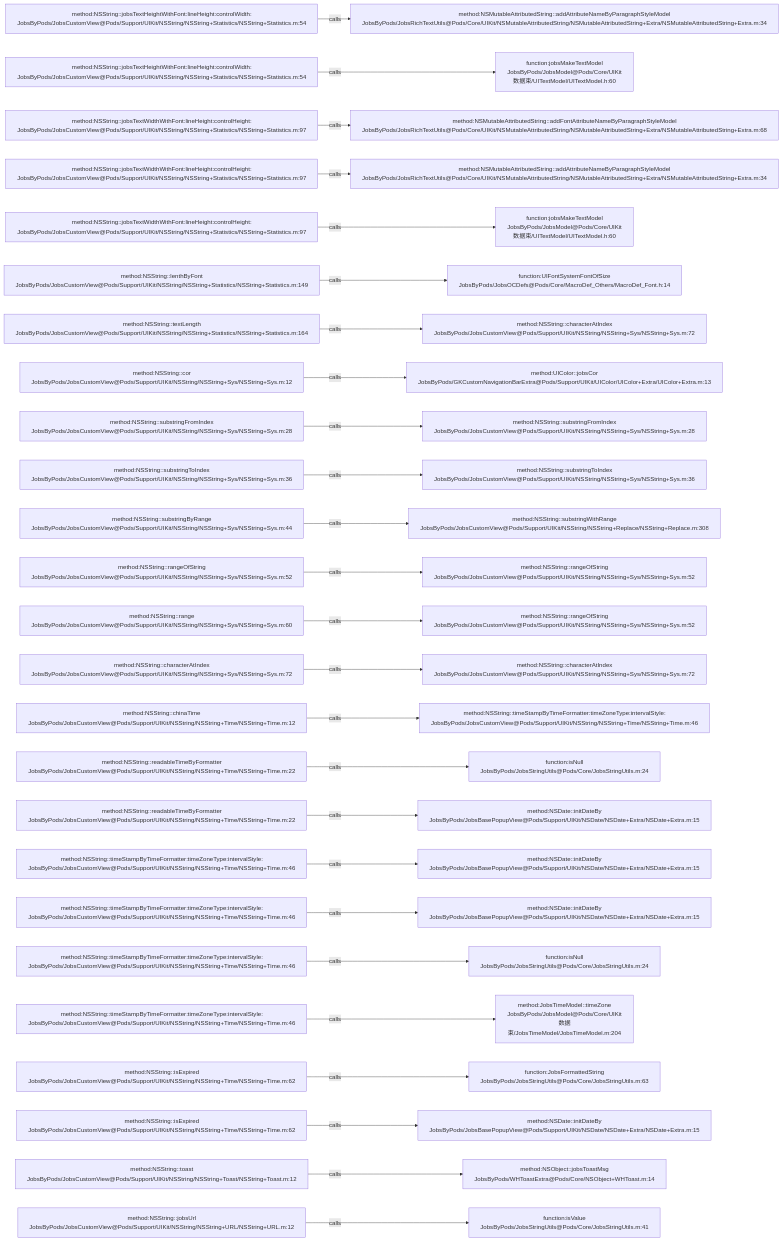
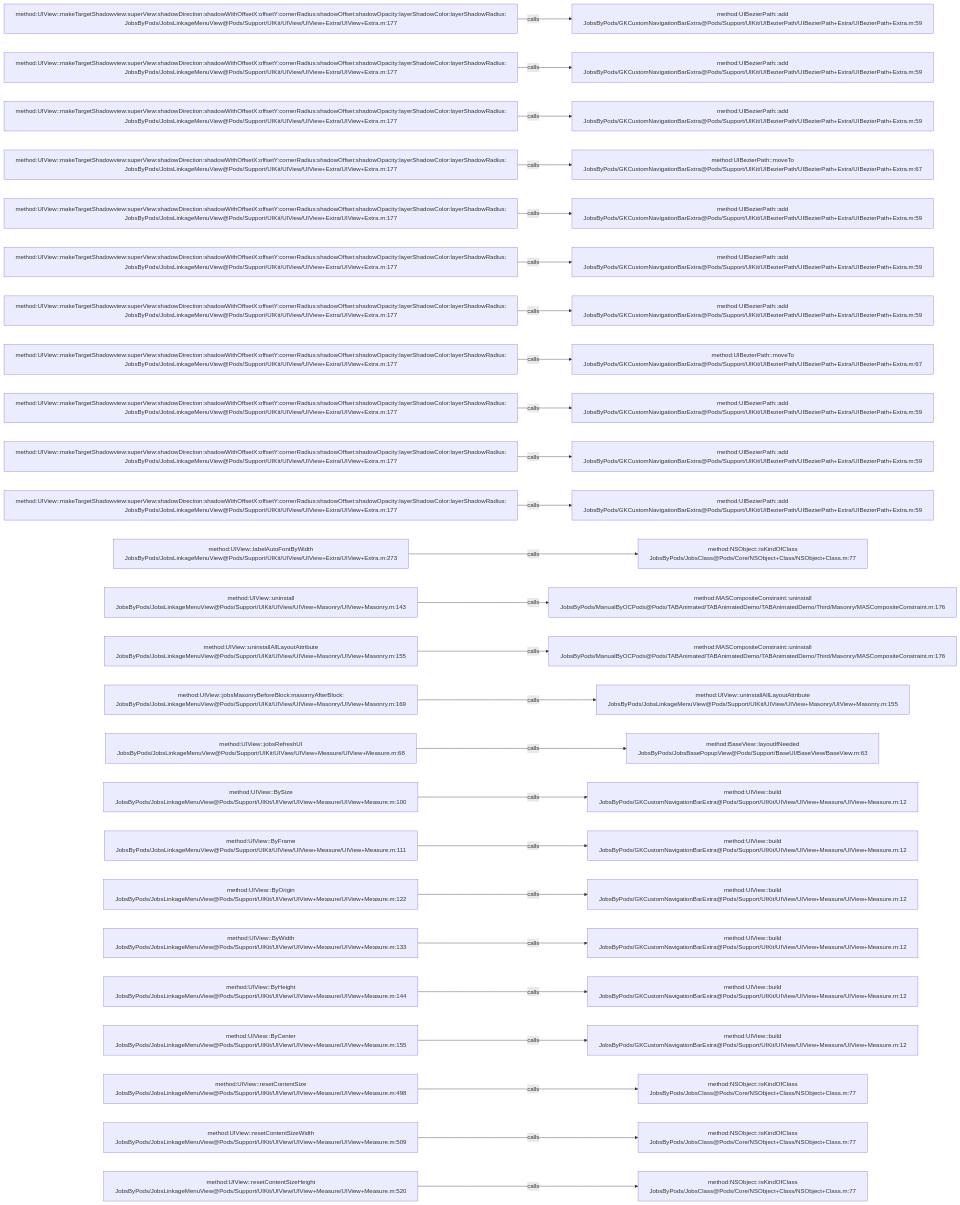
Before and after one commit to JobsKits/JobsOCBaseConfigDemo: the diagram in .codegraph/codegraph.md/graphs/calls-109.md, drawn with Mermaid. The commit also changed 1026 other files, not shown here.

````diff
--- a/.codegraph/codegraph.md/graphs/calls-109.md
+++ b/.codegraph/codegraph.md/graphs/calls-109.md
@@ -13,78 +13,78 @@
 ```mermaid
 flowchart LR
-  S1["method:NSString::jobsTextHeightWithFont:lineHeight:controlWidth:<br/>JobsByPods/JobsCustomView@Pods/Support/UIKit/NSString/NSString+Statistics/NSString+Statistics.m:54"]
-  T1["method:NSMutableAttributedString::addAttributeNameByParagraphStyleModel<br/>JobsByPods/JobsRichTextUtils@Pods/Core/UIKit/NSMutableAttributedString/NSMutableAttributedString+Extra/NSMutableAttributedString+Extra.m:34"]
+  S1["method:UIView::makeTargetShadowview:superView:shadowDirection:shadowWithOffsetX:offsetY:cornerRadius:shadowOffset:shadowOpacity:layerShadowColor:layerShadowRadius:<br/>JobsByPods/JobsLinkageMenuView@Pods/Support/UIKit/UIView/UIView+Extra/UIView+Extra.m:177"]
+  T1["method:UIBezierPath::add<br/>JobsByPods/GKCustomNavigationBarExtra@Pods/Support/UIKit/UIBezierPath/UIBezierPath+Extra/UIBezierPath+Extra.m:59"]
   S1 -->|calls| T1
-  S2["method:NSString::jobsTextHeightWithFont:lineHeight:controlWidth:<br/>JobsByPods/JobsCustomView@Pods/Support/UIKit/NSString/NSString+Statistics/NSString+Statistics.m:54"]
-  T2["function:jobsMakeTextModel<br/>JobsByPods/JobsModel@Pods/Core/UIKit数据束/UITextModel/UITextModel.h:60"]
+  S2["method:UIView::makeTargetShadowview:superView:shadowDirection:shadowWithOffsetX:offsetY:cornerRadius:shadowOffset:shadowOpacity:layerShadowColor:layerShadowRadius:<br/>JobsByPods/JobsLinkageMenuView@Pods/Support/UIKit/UIView/UIView+Extra/UIView+Extra.m:177"]
+  T2["method:UIBezierPath::add<br/>JobsByPods/GKCustomNavigationBarExtra@Pods/Support/UIKit/UIBezierPath/UIBezierPath+Extra/UIBezierPath+Extra.m:59"]
   S2 -->|calls| T2
-  S3["method:NSString::jobsTextWidthWithFont:lineHeight:controlHeight:<br/>JobsByPods/JobsCustomView@Pods/Support/UIKit/NSString/NSString+Statistics/NSString+Statistics.m:97"]
-  T3["method:NSMutableAttributedString::addFontAttributeNameByParagraphStyleModel<br/>JobsByPods/JobsRichTextUtils@Pods/Core/UIKit/NSMutableAttributedString/NSMutableAttributedString+Extra/NSMutableAttributedString+Extra.m:68"]
+  S3["method:UIView::makeTargetShadowview:superView:shadowDirection:shadowWithOffsetX:offsetY:cornerRadius:shadowOffset:shadowOpacity:layerShadowColor:layerShadowRadius:<br/>JobsByPods/JobsLinkageMenuView@Pods/Support/UIKit/UIView/UIView+Extra/UIView+Extra.m:177"]
+  T3["method:UIBezierPath::add<br/>JobsByPods/GKCustomNavigationBarExtra@Pods/Support/UIKit/UIBezierPath/UIBezierPath+Extra/UIBezierPath+Extra.m:59"]
   S3 -->|calls| T3
-  S4["method:NSString::jobsTextWidthWithFont:lineHeight:controlHeight:<br/>JobsByPods/JobsCustomView@Pods/Support/UIKit/NSString/NSString+Statistics/NSString+Statistics.m:97"]
-  T4["method:NSMutableAttributedString::addAttributeNameByParagraphStyleModel<br/>JobsByPods/JobsRichTextUtils@Pods/Core/UIKit/NSMutableAttributedString/NSMutableAttributedString+Extra/NSMutableAttributedString+Extra.m:34"]
+  S4["method:UIView::makeTargetShadowview:superView:shadowDirection:shadowWithOffsetX:offsetY:cornerRadius:shadowOffset:shadowOpacity:layerShadowColor:layerShadowRadius:<br/>JobsByPods/JobsLinkageMenuView@Pods/Support/UIKit/UIView/UIView+Extra/UIView+Extra.m:177"]
+  T4["method:UIBezierPath::moveTo<br/>JobsByPods/GKCustomNavigationBarExtra@Pods/Support/UIKit/UIBezierPath/UIBezierPath+Extra/UIBezierPath+Extra.m:67"]
   S4 -->|calls| T4
-  S5["method:NSString::jobsTextWidthWithFont:lineHeight:controlHeight:<br/>JobsByPods/JobsCustomView@Pods/Support/UIKit/NSString/NSString+Statistics/NSString+Statistics.m:97"]
-  T5["function:jobsMakeTextModel<br/>JobsByPods/JobsModel@Pods/Core/UIKit数据束/UITextModel/UITextModel.h:60"]
+  S5["method:UIView::makeTargetShadowview:superView:shadowDirection:shadowWithOffsetX:offsetY:cornerRadius:shadowOffset:shadowOpacity:layerShadowColor:layerShadowRadius:<br/>JobsByPods/JobsLinkageMenuView@Pods/Support/UIKit/UIView/UIView+Extra/UIView+Extra.m:177"]
+  T5["method:UIBezierPath::add<br/>JobsByPods/GKCustomNavigationBarExtra@Pods/Support/UIKit/UIBezierPath/UIBezierPath+Extra/UIBezierPath+Extra.m:59"]
   S5 -->|calls| T5
-  S6["method:NSString::lenthByFont<br/>JobsByPods/JobsCustomView@Pods/Support/UIKit/NSString/NSString+Statistics/NSString+Statistics.m:149"]
-  T6["function:UIFontSystemFontOfSize<br/>JobsByPods/JobsOCDefs@Pods/Core/MacroDef_Others/MacroDef_Font.h:14"]
+  S6["method:UIView::makeTargetShadowview:superView:shadowDirection:shadowWithOffsetX:offsetY:cornerRadius:shadowOffset:shadowOpacity:layerShadowColor:layerShadowRadius:<br/>JobsByPods/JobsLinkageMenuView@Pods/Support/UIKit/UIView/UIView+Extra/UIView+Extra.m:177"]
+  T6["method:UIBezierPath::add<br/>JobsByPods/GKCustomNavigationBarExtra@Pods/Support/UIKit/UIBezierPath/UIBezierPath+Extra/UIBezierPath+Extra.m:59"]
   S6 -->|calls| T6
-  S7["method:NSString::textLength<br/>JobsByPods/JobsCustomView@Pods/Support/UIKit/NSString/NSString+Statistics/NSString+Statistics.m:164"]
-  T7["method:NSString::characterAtIndex<br/>JobsByPods/JobsCustomView@Pods/Support/UIKit/NSString/NSString+Sys/NSString+Sys.m:72"]
+  S7["method:UIView::makeTargetShadowview:superView:shadowDirection:shadowWithOffsetX:offsetY:cornerRadius:shadowOffset:shadowOpacity:layerShadowColor:layerShadowRadius:<br/>JobsByPods/JobsLinkageMenuView@Pods/Support/UIKit/UIView/UIView+Extra/UIView+Extra.m:177"]
+  T7["method:UIBezierPath::add<br/>JobsByPods/GKCustomNavigationBarExtra@Pods/Support/UIKit/UIBezierPath/UIBezierPath+Extra/UIBezierPath+Extra.m:59"]
   S7 -->|calls| T7
-  S8["method:NSString::cor<br/>JobsByPods/JobsCustomView@Pods/Support/UIKit/NSString/NSString+Sys/NSString+Sys.m:12"]
-  T8["method:UIColor::jobsCor<br/>JobsByPods/GKCustomNavigationBarExtra@Pods/Support/UIKit/UIColor/UIColor+Extra/UIColor+Extra.m:13"]
+  S8["method:UIView::makeTargetShadowview:superView:shadowDirection:shadowWithOffsetX:offsetY:cornerRadius:shadowOffset:shadowOpacity:layerShadowColor:layerShadowRadius:<br/>JobsByPods/JobsLinkageMenuView@Pods/Support/UIKit/UIView/UIView+Extra/UIView+Extra.m:177"]
+  T8["method:UIBezierPath::moveTo<br/>JobsByPods/GKCustomNavigationBarExtra@Pods/Support/UIKit/UIBezierPath/UIBezierPath+Extra/UIBezierPath+Extra.m:67"]
   S8 -->|calls| T8
-  S9["method:NSString::substringFromIndex<br/>JobsByPods/JobsCustomView@Pods/Support/UIKit/NSString/NSString+Sys/NSString+Sys.m:28"]
-  T9["method:NSString::substringFromIndex<br/>JobsByPods/JobsCustomView@Pods/Support/UIKit/NSString/NSString+Sys/NSString+Sys.m:28"]
+  S9["method:UIView::makeTargetShadowview:superView:shadowDirection:shadowWithOffsetX:offsetY:cornerRadius:shadowOffset:shadowOpacity:layerShadowColor:layerShadowRadius:<br/>JobsByPods/JobsLinkageMenuView@Pods/Support/UIKit/UIView/UIView+Extra/UIView+Extra.m:177"]
+  T9["method:UIBezierPath::add<br/>JobsByPods/GKCustomNavigationBarExtra@Pods/Support/UIKit/UIBezierPath/UIBezierPath+Extra/UIBezierPath+Extra.m:59"]
   S9 -->|calls| T9
-  S10["method:NSString::substringToIndex<br/>JobsByPods/JobsCustomView@Pods/Support/UIKit/NSString/NSString+Sys/NSString+Sys.m:36"]
-  T10["method:NSString::substringToIndex<br/>JobsByPods/JobsCustomView@Pods/Support/UIKit/NSString/NSString+Sys/NSString+Sys.m:36"]
+  S10["method:UIView::makeTargetShadowview:superView:shadowDirection:shadowWithOffsetX:offsetY:cornerRadius:shadowOffset:shadowOpacity:layerShadowColor:layerShadowRadius:<br/>JobsByPods/JobsLinkageMenuView@Pods/Support/UIKit/UIView/UIView+Extra/UIView+Extra.m:177"]
+  T10["method:UIBezierPath::add<br/>JobsByPods/GKCustomNavigationBarExtra@Pods/Support/UIKit/UIBezierPath/UIBezierPath+Extra/UIBezierPath+Extra.m:59"]
   S10 -->|calls| T10
-  S11["method:NSString::substringByRange<br/>JobsByPods/JobsCustomView@Pods/Support/UIKit/NSString/NSString+Sys/NSString+Sys.m:44"]
-  T11["method:NSString::substringWithRange<br/>JobsByPods/JobsCustomView@Pods/Support/UIKit/NSString/NSString+Replace/NSString+Replace.m:308"]
+  S11["method:UIView::makeTargetShadowview:superView:shadowDirection:shadowWithOffsetX:offsetY:cornerRadius:shadowOffset:shadowOpacity:layerShadowColor:layerShadowRadius:<br/>JobsByPods/JobsLinkageMenuView@Pods/Support/UIKit/UIView/UIView+Extra/UIView+Extra.m:177"]
+  T11["method:UIBezierPath::add<br/>JobsByPods/GKCustomNavigationBarExtra@Pods/Support/UIKit/UIBezierPath/UIBezierPath+Extra/UIBezierPath+Extra.m:59"]
   S11 -->|calls| T11
-  S12["method:NSString::rangeOfString<br/>JobsByPods/JobsCustomView@Pods/Support/UIKit/NSString/NSString+Sys/NSString+Sys.m:52"]
-  T12["method:NSString::rangeOfString<br/>JobsByPods/JobsCustomView@Pods/Support/UIKit/NSString/NSString+Sys/NSString+Sys.m:52"]
+  S12["method:UIView::labelAutoFontByWidth<br/>JobsByPods/JobsLinkageMenuView@Pods/Support/UIKit/UIView/UIView+Extra/UIView+Extra.m:273"]
+  T12["method:NSObject::isKindOfClass<br/>JobsByPods/JobsClass@Pods/Core/NSObject+Class/NSObject+Class.m:77"]
   S12 -->|calls| T12
-  S13["method:NSString::range<br/>JobsByPods/JobsCustomView@Pods/Support/UIKit/NSString/NSString+Sys/NSString+Sys.m:60"]
-  T13["method:NSString::rangeOfString<br/>JobsByPods/JobsCustomView@Pods/Support/UIKit/NSString/NSString+Sys/NSString+Sys.m:52"]
+  S13["method:UIView::uninstall<br/>JobsByPods/JobsLinkageMenuView@Pods/Support/UIKit/UIView/UIView+Masonry/UIView+Masonry.m:143"]
+  T13["method:MASCompositeConstraint::uninstall<br/>JobsByPods/ManualByOCPods@Pods/TABAnimated/TABAnimatedDemo/TABAnimatedDemo/Third/Masonry/MASCompositeConstraint.m:176"]
   S13 -->|calls| T13
-  S14["method:NSString::characterAtIndex<br/>JobsByPods/JobsCustomView@Pods/Support/UIKit/NSString/NSString+Sys/NSString+Sys.m:72"]
-  T14["method:NSString::characterAtIndex<br/>JobsByPods/JobsCustomView@Pods/Support/UIKit/NSString/NSString+Sys/NSString+Sys.m:72"]
+  S14["method:UIView::uninstallAllLayoutAttribute<br/>JobsByPods/JobsLinkageMenuView@Pods/Support/UIKit/UIView/UIView+Masonry/UIView+Masonry.m:155"]
+  T14["method:MASCompositeConstraint::uninstall<br/>JobsByPods/ManualByOCPods@Pods/TABAnimated/TABAnimatedDemo/TABAnimatedDemo/Third/Masonry/MASCompositeConstraint.m:176"]
   S14 -->|calls| T14
-  S15["method:NSString::chinaTime<br/>JobsByPods/JobsCustomView@Pods/Support/UIKit/NSString/NSString+Time/NSString+Time.m:12"]
-  T15["method:NSString::timeStampByTimeFormatter:timeZoneType:intervalStyle:<br/>JobsByPods/JobsCustomView@Pods/Support/UIKit/NSString/NSString+Time/NSString+Time.m:46"]
+  S15["method:UIView::jobsMasonryBeforeBlock:masonryAfterBlock:<br/>JobsByPods/JobsLinkageMenuView@Pods/Support/UIKit/UIView/UIView+Masonry/UIView+Masonry.m:169"]
+  T15["method:UIView::uninstallAllLayoutAttribute<br/>JobsByPods/JobsLinkageMenuView@Pods/Support/UIKit/UIView/UIView+Masonry/UIView+Masonry.m:155"]
   S15 -->|calls| T15
-  S16["method:NSString::readableTimeByFormatter<br/>JobsByPods/JobsCustomView@Pods/Support/UIKit/NSString/NSString+Time/NSString+Time.m:22"]
-  T16["function:isNull<br/>JobsByPods/JobsStringUtils@Pods/Core/JobsStringUtils.m:24"]
+  S16["method:UIView::jobsRefreshUI<br/>JobsByPods/JobsLinkageMenuView@Pods/Support/UIKit/UIView/UIView+Measure/UIView+Measure.m:68"]
+  T16["method:BaseView::layoutIfNeeded<br/>JobsByPods/JobsBasePopupView@Pods/Support/BaseUI/BaseView/BaseView.m:63"]
   S16 -->|calls| T16
-  S17["method:NSString::readableTimeByFormatter<br/>JobsByPods/JobsCustomView@Pods/Support/UIKit/NSString/NSString+Time/NSString+Time.m:22"]
-  T17["method:NSDate::initDateBy<br/>JobsByPods/JobsBasePopupView@Pods/Support/UIKit/NSDate/NSDate+Extra/NSDate+Extra.m:15"]
+  S17["method:UIView::BySize<br/>JobsByPods/JobsLinkageMenuView@Pods/Support/UIKit/UIView/UIView+Measure/UIView+Measure.m:100"]
+  T17["method:UIView::build<br/>JobsByPods/GKCustomNavigationBarExtra@Pods/Support/UIKit/UIView/UIView+Measure/UIView+Measure.m:12"]
   S17 -->|calls| T17
-  S18["method:NSString::timeStampByTimeFormatter:timeZoneType:intervalStyle:<br/>JobsByPods/JobsCustomView@Pods/Support/UIKit/NSString/NSString+Time/NSString+Time.m:46"]
-  T18["method:NSDate::initDateBy<br/>JobsByPods/JobsBasePopupView@Pods/Support/UIKit/NSDate/NSDate+Extra/NSDate+Extra.m:15"]
+  S18["method:UIView::ByFrame<br/>JobsByPods/JobsLinkageMenuView@Pods/Support/UIKit/UIView/UIView+Measure/UIView+Measure.m:111"]
+  T18["method:UIView::build<br/>JobsByPods/GKCustomNavigationBarExtra@Pods/Support/UIKit/UIView/UIView+Measure/UIView+Measure.m:12"]
   S18 -->|calls| T18
-  S19["method:NSString::timeStampByTimeFormatter:timeZoneType:intervalStyle:<br/>JobsByPods/JobsCustomView@Pods/Support/UIKit/NSString/NSString+Time/NSString+Time.m:46"]
-  T19["method:NSDate::initDateBy<br/>JobsByPods/JobsBasePopupView@Pods/Support/UIKit/NSDate/NSDate+Extra/NSDate+Extra.m:15"]
+  S19["method:UIView::ByOrigin<br/>JobsByPods/JobsLinkageMenuView@Pods/Support/UIKit/UIView/UIView+Measure/UIView+Measure.m:122"]
+  T19["method:UIView::build<br/>JobsByPods/GKCustomNavigationBarExtra@Pods/Support/UIKit/UIView/UIView+Measure/UIView+Measure.m:12"]
   S19 -->|calls| T19
-  S20["method:NSString::timeStampByTimeFormatter:timeZoneType:intervalStyle:<br/>JobsByPods/JobsCustomView@Pods/Support/UIKit/NSString/NSString+Time/NSString+Time.m:46"]
-  T20["function:isNull<br/>JobsByPods/JobsStringUtils@Pods/Core/JobsStringUtils.m:24"]
+  S20["method:UIView::ByWidth<br/>JobsByPods/JobsLinkageMenuView@Pods/Support/UIKit/UIView/UIView+Measure/UIView+Measure.m:133"]
+  T20["method:UIView::build<br/>JobsByPods/GKCustomNavigationBarExtra@Pods/Support/UIKit/UIView/UIView+Measure/UIView+Measure.m:12"]
   S20 -->|calls| T20
-  S21["method:NSString::timeStampByTimeFormatter:timeZoneType:intervalStyle:<br/>JobsByPods/JobsCustomView@Pods/Support/UIKit/NSString/NSString+Time/NSString+Time.m:46"]
-  T21["method:JobsTimeModel::timeZone<br/>JobsByPods/JobsModel@Pods/Core/UIKit数据束/JobsTimeModel/JobsTimeModel.m:204"]
+  S21["method:UIView::ByHeight<br/>JobsByPods/JobsLinkageMenuView@Pods/Support/UIKit/UIView/UIView+Measure/UIView+Measure.m:144"]
+  T21["method:UIView::build<br/>JobsByPods/GKCustomNavigationBarExtra@Pods/Support/UIKit/UIView/UIView+Measure/UIView+Measure.m:12"]
   S21 -->|calls| T21
-  S22["method:NSString::isExpired<br/>JobsByPods/JobsCustomView@Pods/Support/UIKit/NSString/NSString+Time/NSString+Time.m:62"]
-  T22["function:JobsFormattedString<br/>JobsByPods/JobsStringUtils@Pods/Core/JobsStringUtils.m:63"]
+  S22["method:UIView::ByCenter<br/>JobsByPods/JobsLinkageMenuView@Pods/Support/UIKit/UIView/UIView+Measure/UIView+Measure.m:155"]
+  T22["method:UIView::build<br/>JobsByPods/GKCustomNavigationBarExtra@Pods/Support/UIKit/UIView/UIView+Measure/UIView+Measure.m:12"]
   S22 -->|calls| T22
-  S23["method:NSString::isExpired<br/>JobsByPods/JobsCustomView@Pods/Support/UIKit/NSString/NSString+Time/NSString+Time.m:62"]
-  T23["method:NSDate::initDateBy<br/>JobsByPods/JobsBasePopupView@Pods/Support/UIKit/NSDate/NSDate+Extra/NSDate+Extra.m:15"]
+  S23["method:UIView::resetContentSize<br/>JobsByPods/JobsLinkageMenuView@Pods/Support/UIKit/UIView/UIView+Measure/UIView+Measure.m:498"]
+  T23["method:NSObject::isKindOfClass<br/>JobsByPods/JobsClass@Pods/Core/NSObject+Class/NSObject+Class.m:77"]
   S23 -->|calls| T23
-  S24["method:NSString::toast<br/>JobsByPods/JobsCustomView@Pods/Support/UIKit/NSString/NSString+Toast/NSString+Toast.m:12"]
-  T24["method:NSObject::jobsToastMsg<br/>JobsByPods/WHToastExtra@Pods/Core/NSObject+WHToast.m:14"]
+  S24["method:UIView::resetContentSizeWidth<br/>JobsByPods/JobsLinkageMenuView@Pods/Support/UIKit/UIView/UIView+Measure/UIView+Measure.m:509"]
+  T24["method:NSObject::isKindOfClass<br/>JobsByPods/JobsClass@Pods/Core/NSObject+Class/NSObject+Class.m:77"]
   S24 -->|calls| T24
-  S25["method:NSString::jobsUrl<br/>JobsByPods/JobsCustomView@Pods/Support/UIKit/NSString/NSString+URL/NSString+URL.m:12"]
-  T25["function:isValue<br/>JobsByPods/JobsStringUtils@Pods/Core/JobsStringUtils.m:41"]
+  S25["method:UIView::resetContentSizeHeight<br/>JobsByPods/JobsLinkageMenuView@Pods/Support/UIKit/UIView/UIView+Measure/UIView+Measure.m:520"]
+  T25["method:NSObject::isKindOfClass<br/>JobsByPods/JobsClass@Pods/Core/NSObject+Class/NSObject+Class.m:77"]
   S25 -->|calls| T25
 ```
````
